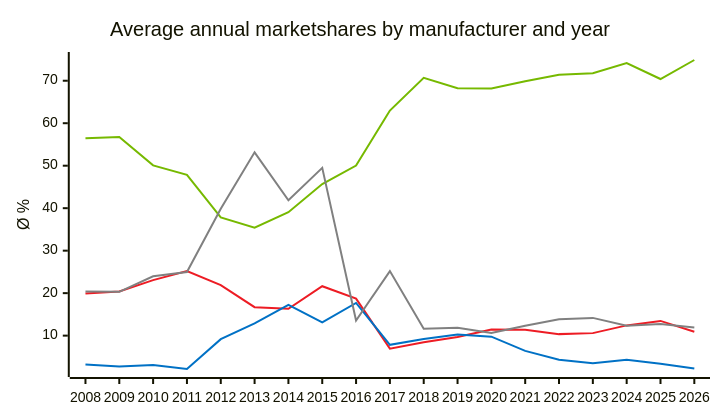
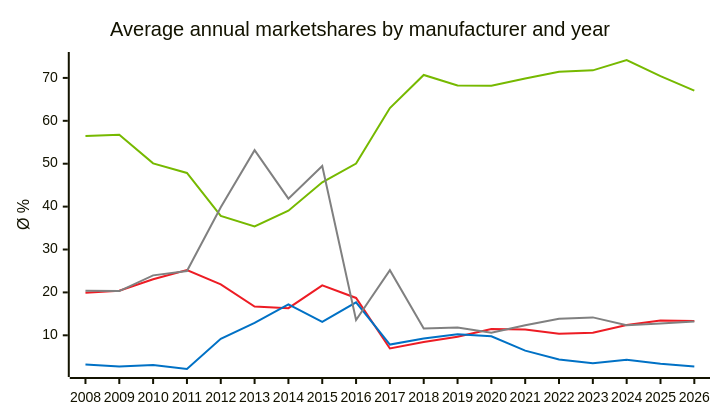
One commit to jdegene/steamHWsurvey changed the first of 31 diagrams in README.md. Above: the diagram before and after it, drawn with Mermaid. The commit also changed other lines of this file and 5 other files, not shown here.

````diff
--- a/README.md
+++ b/README.md
@@ -75,22 +75,22 @@
 ```mermaid
 ---
 config:
     xyChart:
         width: 700
         height: 400
         
     themeVariables:
         xyChart:
             plotColorPalette: "#76b900,#ED1C24,#0071C5,#808080"
 
 --- 
 
 xychart-beta
     title "Average annual marketshares by manufacturer and year"
     x-axis [2008, 2009, 2010, 2011, 2012, 2013, 2014, 2015, 2016, 2017, 2018, 2019, 2020, 2021, 2022, 2023, 2024, 2025, 2026]
     y-axis "Ø %" 
-    line [56.48, 56.763333333333335, 50.07625, 47.84571428571429, 37.81375, 35.39000000000001, 39.059, 45.67400000000001, 50.03636363636363, 62.983999999999995, 70.6925, 68.25333333333333, 68.15416666666665, 69.88333333333333, 71.41666666666667, 71.76, 74.17666666666666, 70.40416666666665, 74.88]
-    line [19.93, 20.3875, 23.07, 25.19, 21.881249999999998, 16.706666666666667, 16.323999999999998, 21.631999999999998, 18.71, 6.939999999999999, 8.461666666666668, 9.675833333333333, 11.463333333333333, 11.3575, 10.354999999999999, 10.59, 12.410833333333333, 13.462499999999999, 10.91]
-    line [3.2, 2.75, 3.09625, 2.145714285714286, 9.1675, 12.888333333333332, 17.224999999999998, 13.13, 17.69909090909091, 7.8375, 9.230833333333333, 10.240833333333333, 9.756666666666668, 6.418333333333333, 4.340833333333333, 3.480833333333334, 4.300000000000001, 3.3874999999999997, 2.255]
-    line [20.39, 20.301666666666666, 23.971249999999998, 24.98, 39.86875, 53.145714285714284, 41.85272727272727, 49.48444444444444, 13.566363636363635, 25.19, 11.603333333333333, 11.834999999999999, 10.618333333333334, 12.334166666666667, 13.880833333333333, 14.175833333333335, 12.324166666666668, 12.7325, 11.915]
+    line [56.48, 56.763333333333335, 50.07625, 47.84571428571429, 37.81375, 35.39000000000001, 39.059, 45.67400000000001, 50.03636363636363, 62.983999999999995, 70.6925, 68.25333333333333, 68.15416666666665, 69.88333333333333, 71.41666666666667, 71.76, 74.17666666666666, 70.40416666666665, 67.02999999999997]
+    line [19.93, 20.3875, 23.07, 25.19, 21.881249999999998, 16.706666666666667, 16.323999999999998, 21.631999999999998, 18.71, 6.939999999999999, 8.461666666666668, 9.675833333333333, 11.463333333333333, 11.3575, 10.354999999999999, 10.59, 12.410833333333333, 13.462499999999999, 13.34833333333331]
+    line [3.2, 2.75, 3.09625, 2.145714285714286, 9.1675, 12.888333333333332, 17.224999999999998, 13.13, 17.69909090909091, 7.8375, 9.230833333333333, 10.240833333333333, 9.756666666666668, 6.418333333333333, 4.340833333333333, 3.480833333333334, 4.300000000000001, 3.3874999999999997, 2.749999999999997]
+    line [20.39, 20.301666666666666, 23.971249999999998, 24.98, 39.86875, 53.145714285714284, 41.85272727272727, 49.48444444444444, 13.566363636363635, 25.19, 11.603333333333333, 11.834999999999999, 10.618333333333334, 12.334166666666667, 13.880833333333333, 14.175833333333335, 12.324166666666668, 12.7325, 13.231666666666644]
 ``` 
````
